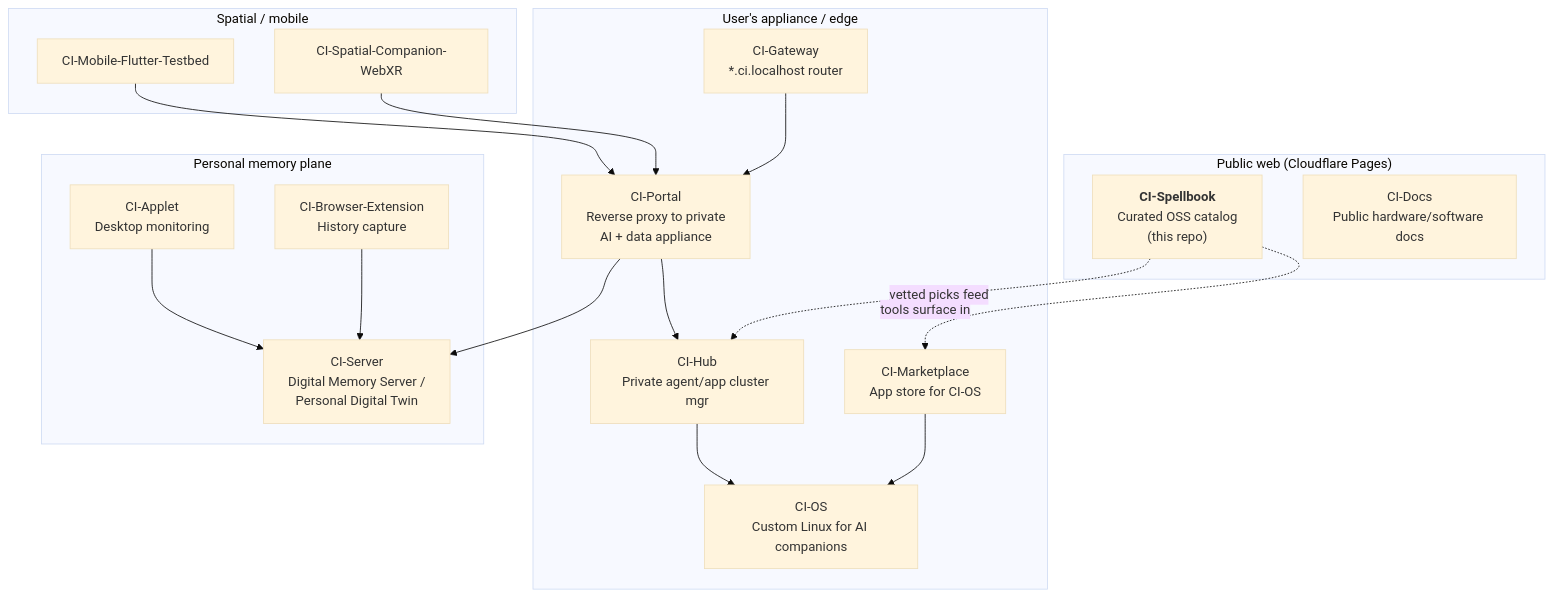
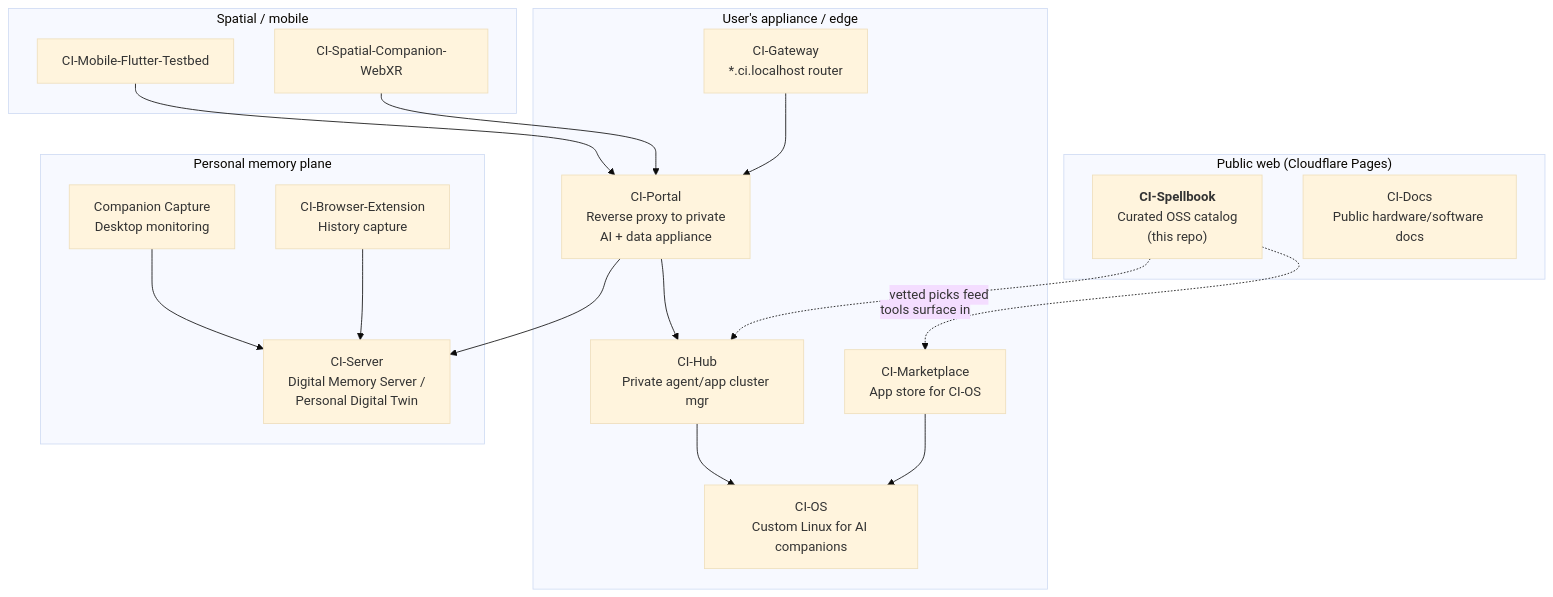
The fourth of 5 diagrams in architecture/architecture.md (companionintelligence/CI-Spellbook), drawn with Mermaid (base theme) before and after one commit. The commit also changed other lines of this file and 9 other files, not shown here.

````diff
--- a/architecture/architecture.md
+++ b/architecture/architecture.md
@@ -89,38 +89,38 @@
 ```mermaid
 flowchart TB
     subgraph Public["Public web (Cloudflare Pages)"]
         Spellbook["<b>CI-Spellbook</b><br/>Curated OSS catalog<br/>(this repo)"]
         Docs["CI-Docs<br/>Public hardware/software docs"]
     end
 
     subgraph Edge["User's appliance / edge"]
         Portal["CI-Portal<br/>Reverse proxy to private<br/>AI + data appliance"]
         Gateway["CI-Gateway<br/>*.ci.localhost router"]
         Hub["CI-Hub<br/>Private agent/app cluster mgr"]
         Marketplace["CI-Marketplace<br/>App store for CI-OS"]
         OS["CI-OS<br/>Custom Linux for AI companions"]
     end
 
     subgraph Memory["Personal memory plane"]
         Server["CI-Server<br/>Digital Memory Server /<br/>Personal Digital Twin"]
         BrowserExt["CI-Browser-Extension<br/>History capture"]
-        Applet["CI-Applet<br/>Desktop monitoring"]
+        Applet["Companion Capture<br/>Desktop monitoring"]
     end
 
     subgraph Spatial["Spatial / mobile"]
         WebXR["CI-Spatial-Companion-WebXR"]
         Mobile["CI-Mobile-Flutter-Testbed"]
     end
 
     Spellbook -. "tools surface in" .-> Marketplace
     Spellbook -. "vetted picks feed" .-> Hub
     Portal --> Server
     Portal --> Hub
     Gateway --> Portal
     Marketplace --> OS
     Hub --> OS
     BrowserExt --> Server
     Applet --> Server
     WebXR --> Portal
     Mobile --> Portal
 ```
````
